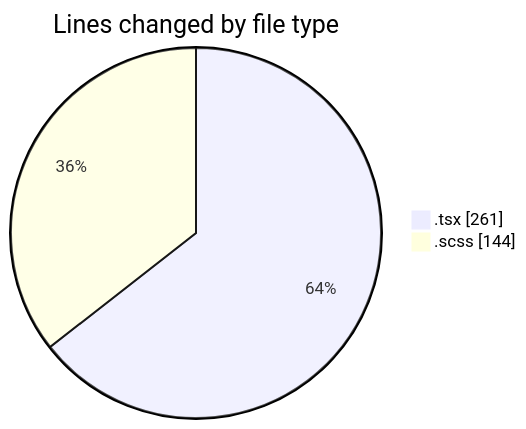
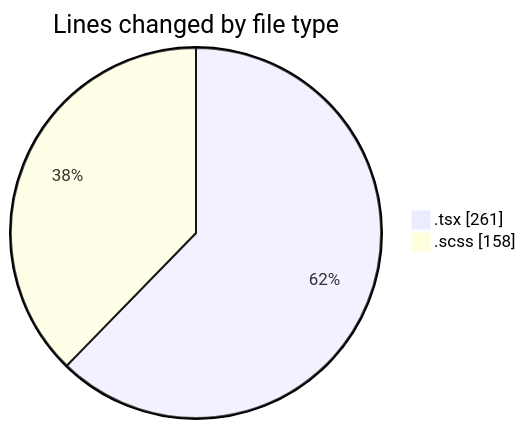
Before and after one commit to momahboobian/code-tracking: the first of 2 diagrams in 2026-04-10/cda/README.md, drawn with Mermaid. The commit also changed other lines of this file and 1 other file, not shown here.

````diff
--- a/2026-04-10/cda/README.md
+++ b/2026-04-10/cda/README.md
@@ -22,6 +22,6 @@
 ```mermaid
 pie showData
 title Lines changed by file type
 ".tsx" : 261
-".scss" : 144
+".scss" : 158
 ```
````
